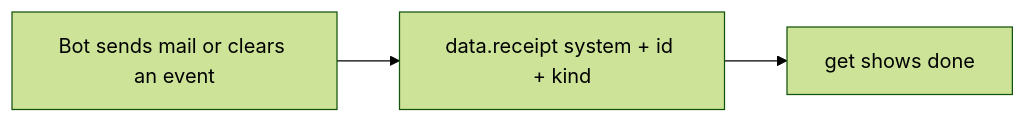
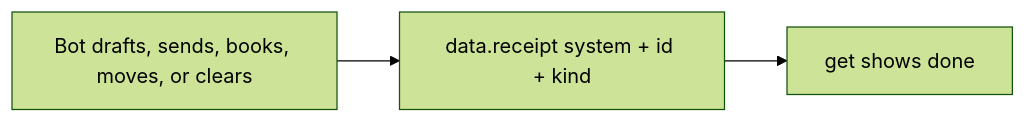
The tenth of 12 diagrams in docs/ARCHITECTURE.md (dgraziosi/foundation), drawn with Mermaid (forest theme) before and after one commit. The commit also changed other lines of this file and 13 other files, not shown here.

````diff
--- a/docs/ARCHITECTURE.md
+++ b/docs/ARCHITECTURE.md
@@ -264,8 +264,8 @@
 ```mermaid
 flowchart LR
-  move["Bot sends mail or clears an event"]
+  move["Bot drafts, sends, books, moves, or clears"]
   receipt_ref["data.receipt system + id + kind"]
   picture["get shows done"]
   move --> receipt_ref
   receipt_ref --> picture
 ```
````
